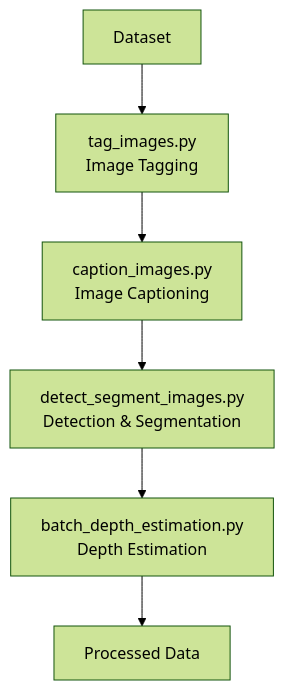
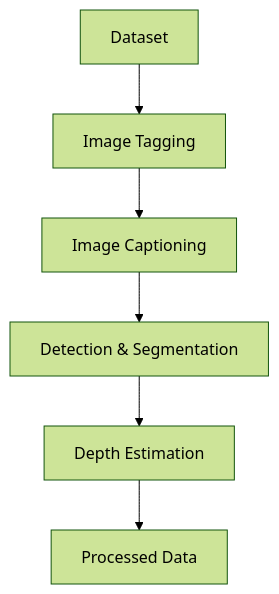
One commit to VitaDynamics/cortexia_video changed the diagram in README.md. Above: the diagram before and after it, drawn with Mermaid (forest theme). The commit also changed other lines of this file and 1 other file, not shown here.

````diff
--- a/README.md
+++ b/README.md
@@ -16,8 +16,8 @@
 ```mermaid
 graph TD
-    A[Dataset] --> B[tag_images.py<br/>Image Tagging]
-    B --> C[caption_images.py<br/>Image Captioning]
-    C --> D[detect_segment_images.py<br/>Detection & Segmentation]
-    D --> E[batch_depth_estimation.py<br/>Depth Estimation]
+    A[Dataset] --> B[Image Tagging]
+    B --> C[Image Captioning]
+    C --> D[Detection & Segmentation]
+    D --> E[Depth Estimation]
     E --> F[Processed Data]
 ```
````
